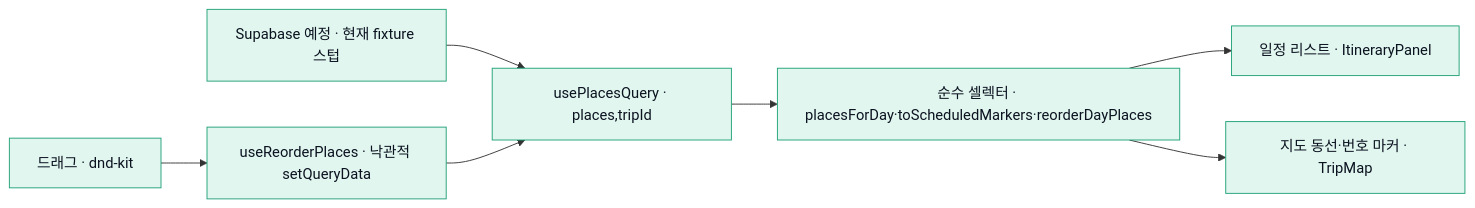
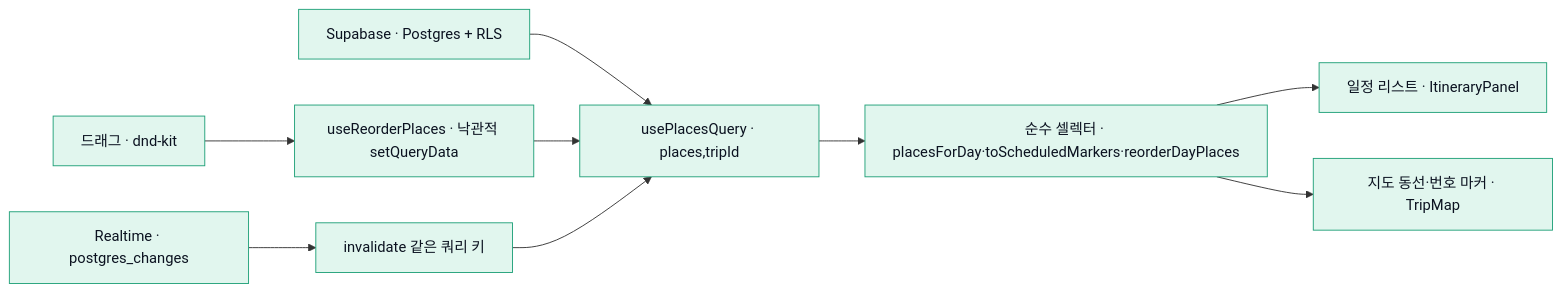
One commit to so-log/jero changed the second of 2 diagrams in README.md. Above: the diagram before and after it, drawn with Mermaid. The commit also changed other lines of this file and 10 other files, not shown here.

````diff
--- a/README.md
+++ b/README.md
@@ -83,11 +87,13 @@
 ```mermaid
 flowchart LR
-  fixture["Supabase 예정 · 현재 fixture 스텁"] --> q["usePlacesQuery · places,tripId"]
+  supa["Supabase · Postgres + RLS"] --> q["usePlacesQuery · places,tripId"]
   q --> sel["순수 셀렉터 · placesForDay·toScheduledMarkers·reorderDayPlaces"]
   sel --> list["일정 리스트 · ItineraryPanel"]
   sel --> map["지도 동선·번호 마커 · TripMap"]
   drag["드래그 · dnd-kit"] --> reorder["useReorderPlaces · 낙관적 setQueryData"]
   reorder --> q
+  rt["Realtime · postgres_changes"] --> inv["invalidate 같은 쿼리 키"]
+  inv --> q
   classDef box fill:#E1F6EE,stroke:#1FA078,color:#0B1220;
-  class fixture,q,sel,list,map,drag,reorder box;
+  class supa,q,sel,list,map,drag,reorder,rt,inv box;
 ```
````
